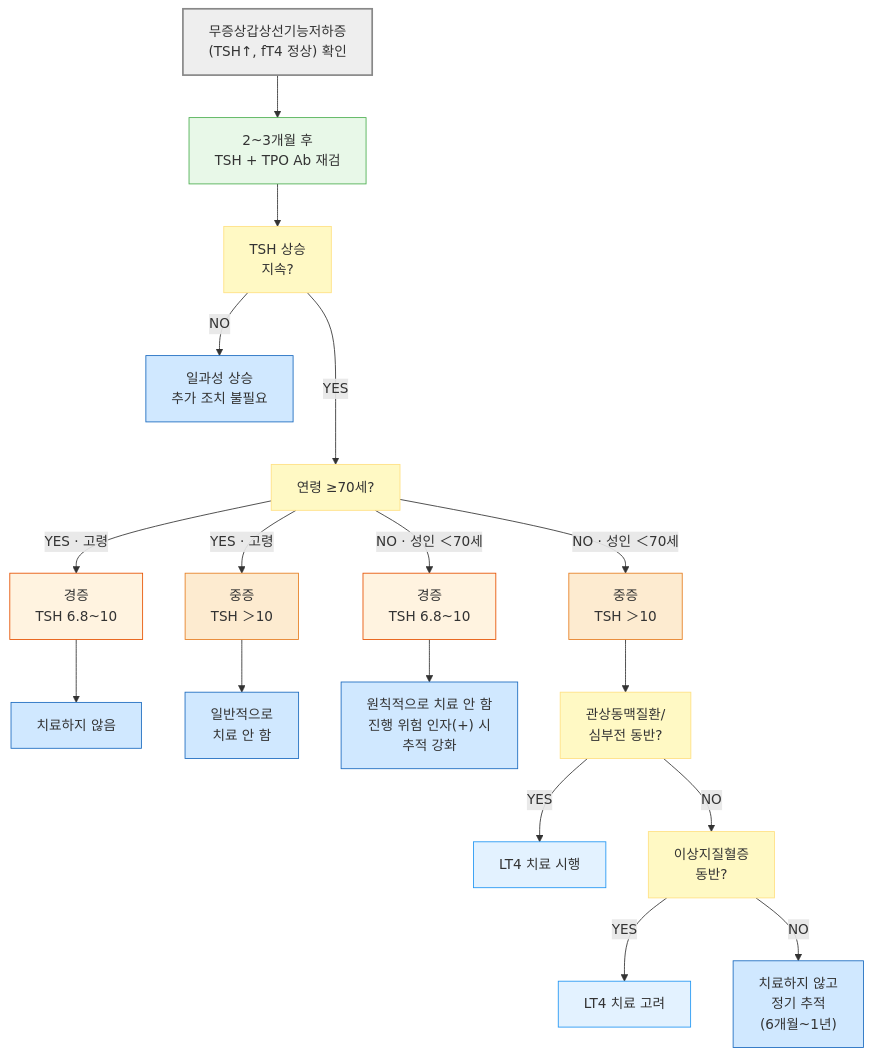
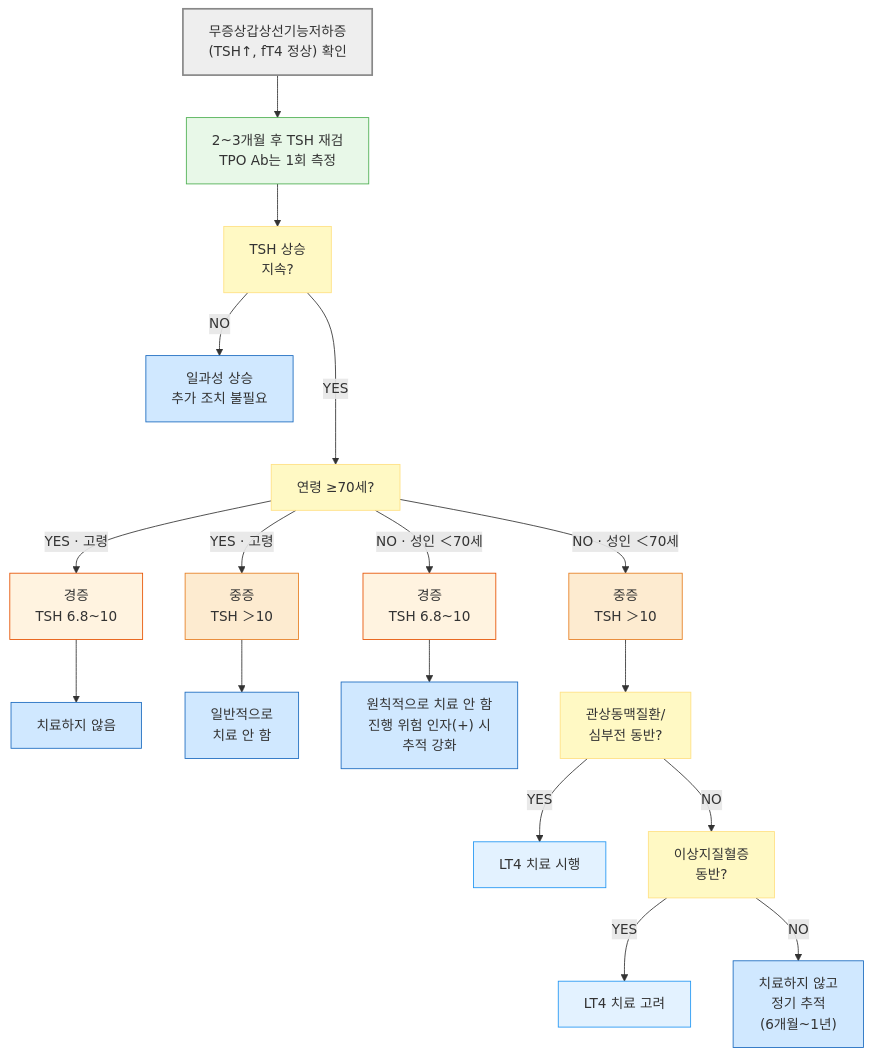
Before and after one commit to familyoh77/familyoh77: the second of 2 diagrams in 226_/105_-hypothyroidism.md, drawn with Mermaid. The commit also changed other lines of this file, not shown here.

````diff
--- a/226_/105_-hypothyroidism.md
+++ b/226_/105_-hypothyroidism.md
@@ -336,33 +350,33 @@
 ```mermaid
 flowchart TD
-    Start["무증상갑상선기능저하증<br>(TSH↑, fT4 정상) 확인"] --> Retest["2~3개월 후<br>TSH + TPO Ab 재검"]
+    Start["무증상갑상선기능저하증<br>(TSH↑, fT4 정상) 확인"] --> Retest["2~3개월 후 TSH 재검<br>TPO Ab는 1회 측정"]
     Retest --> Persist["TSH 상승<br>지속?"]
     Persist -->|NO| Resolve["일과성 상승<br>추가 조치 불필요"]
     Persist --->|YES| Age["연령 ≥70세?"]
     Age -->|YES · 고령| ElderlyMild["경증<br>TSH 6.8~10"]
     Age -->|YES · 고령| ElderlySevere["중증<br>TSH ＞10"]
     ElderlyMild --> ElderlyMildTx["치료하지 않음"]
     ElderlySevere --> ElderlySevereTx["일반적으로<br>치료 안 함"]
     Age -->|NO · 성인 ＜70세| AdultMild["경증<br>TSH 6.8~10"]
     Age -->|NO · 성인 ＜70세| AdultSevere["중증<br>TSH ＞10"]
     AdultMild --> AdultMildTx["원칙적으로 치료 안 함<br>진행 위험 인자(+) 시<br>추적 강화"]
     AdultSevere --> CADHF["관상동맥질환/<br>심부전 동반?"]
     CADHF -->|YES| TxYes["LT4 치료 시행"]
     CADHF -->|NO| Dyslip["이상지질혈증<br>동반?"]
     Dyslip -->|YES| TxConsider["LT4 치료 고려"]
     Dyslip -->|NO| Observe["치료하지 않고<br>정기 추적
     (6개월~1년)"]
 
 style Start fill:#eeeeee,stroke:#888888,stroke-width:2px
 classDef yellow fill:#fff9c4,stroke:#ffe082
 class Age,Persist,CADHF,Dyslip yellow
 classDef orange fill:#fdebd0,stroke:#e67e22
 class ElderlySevere,AdultSevere orange
 classDef orange50 fill:#fff3e0,stroke:#e65100
 class AdultMild,ElderlyMild orange50
 classDef sky fill:#e3f2ff,stroke:#2196f3
 class TxConsider,TxYes sky
 classDef blue fill:#d0e8ff,stroke:#1a6abf
 class Resolve,ElderlyMildTx,ElderlySevereTx,AdultMildTx,Observe blue
 style Retest fill:#e8f8e8,stroke:#4caf50
 ```
````
